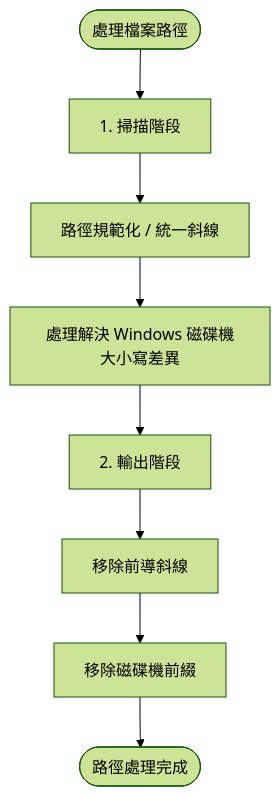
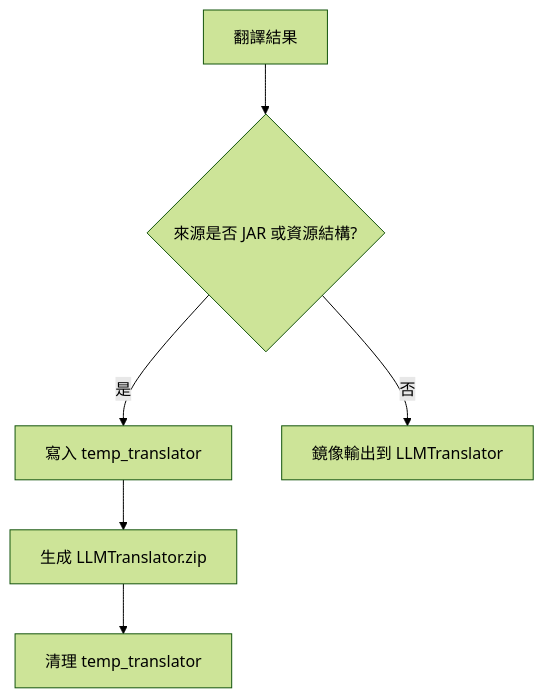
The third of 3 diagrams in docs/architecture/logic_diagrams.md (mn12345678910/mc_translator), drawn with Mermaid (forest theme) before and after one commit. The commit also changed other lines of this file and 25 other files, not shown here.

````diff
--- a/docs/architecture/logic_diagrams.md
+++ b/docs/architecture/logic_diagrams.md
@@ -132,12 +32,8 @@
 ```mermaid
-graph TD
-    Start([處理檔案路徑]) --> Phase1[1. 掃描階段]
-    Phase1 --> NormPath[路徑規範化 / 統一斜線]
-    NormPath --> FixDrive[處理解決 Windows 磁碟機大小寫差異]
-
-    FixDrive --> Phase2[2. 輸出階段]
-    Phase2 --> StripSlash[移除前導斜線]
-    StripSlash --> StripDrive[移除磁碟機前綴]
-
-    StripDrive --> End([路徑處理完成])
+flowchart TD
+    A[翻譯結果] --> B{來源是否 JAR 或資源結構?}
+    B -- 是 --> C[寫入 temp_translator]
+    B -- 否 --> D[鏡像輸出到 LLMTranslator]
+    C --> E[生成 LLMTranslator.zip]
+    E --> F[清理 temp_translator]
 ```
````
